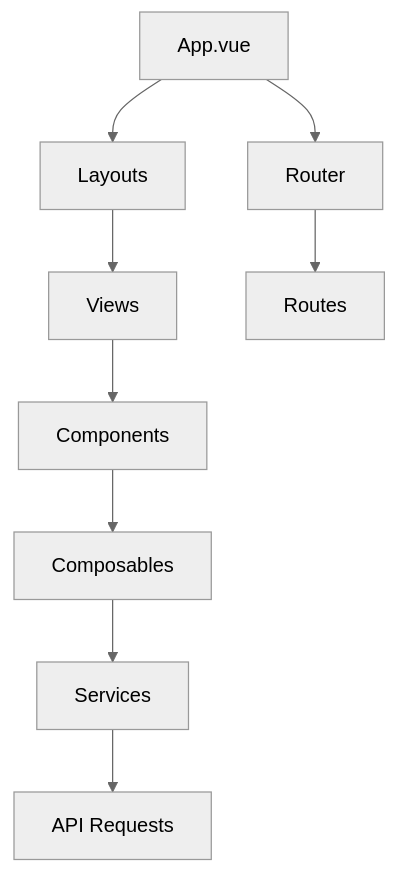
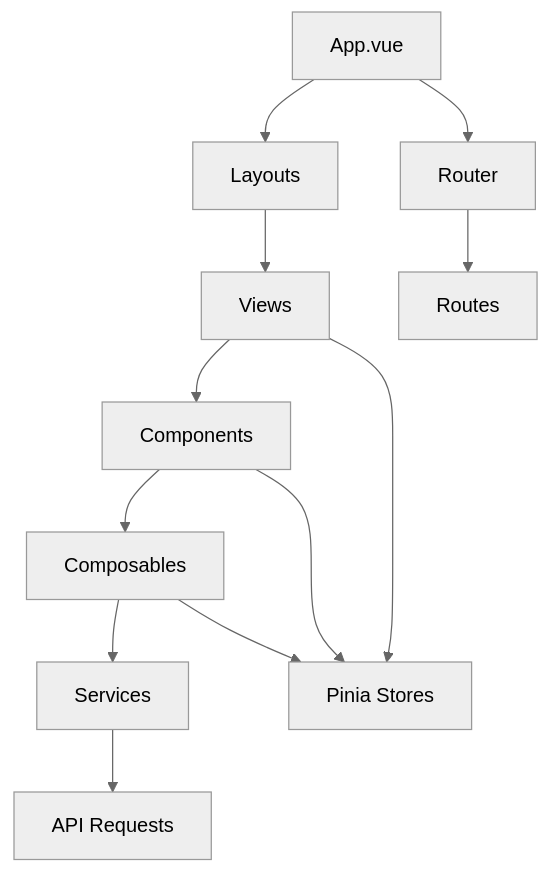
One commit to stefapi/vesselharbor changed the third of 10 diagrams in .junie/architecture.md. Above: the diagram before and after it, drawn with Mermaid (neutral theme). The commit also changed other lines of this file and 10 other files, not shown here.

````diff
--- a/.junie/architecture.md
+++ b/.junie/architecture.md
@@ -106,10 +145,11 @@
 ```mermaid
 flowchart TD
     App["App.vue"] --> Layouts & Router
     Layouts --> Views
     Router --> Routes
     Views --> Components
     Components --> Composables
     Composables --> Services
     Services --> API["API Requests"]
+    Components & Views & Composables --> Stores["Pinia Stores"]
 ```
````
